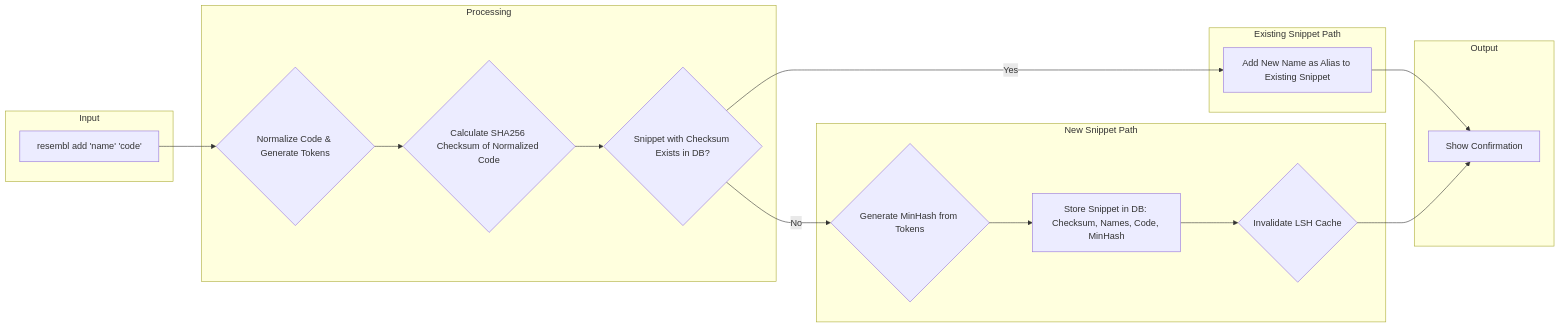
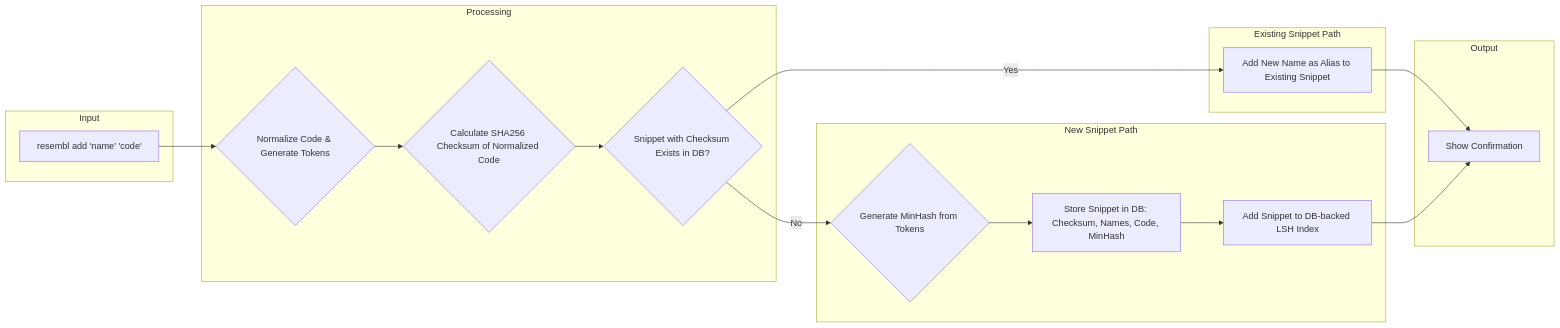
Before and after one commit to maci0/resembl: the first of 4 diagrams in docs/flowcharts.md, drawn with Mermaid. The commit also changed other lines of this file and 29 other files, not shown here.

````diff
--- a/docs/flowcharts.md
+++ b/docs/flowcharts.md
@@ -9,29 +9,29 @@
 ```mermaid
 graph LR
     subgraph "Input"
         A[resembl add 'name' 'code']
     end
 
     subgraph "Processing"
         B{Normalize Code & Generate Tokens}
         C{Calculate SHA256 Checksum of Normalized Code}
         D{Snippet with Checksum Exists in DB?}
     end
 
     subgraph "Existing Snippet Path"
         D -- Yes --> E[Add New Name as Alias to Existing Snippet]
     end
 
     subgraph "New Snippet Path"
         D -- No --> F{Generate MinHash from Tokens}
         F --> G[Store Snippet in DB: Checksum, Names, Code, MinHash]
-        G --> H{Invalidate LSH Cache}
+        G --> H[Add Snippet to DB-backed LSH Index]
     end
 
     subgraph "Output"
         E --> I[Show Confirmation]
         H --> I
     end
 
     A --> B --> C --> D
 ```
````
